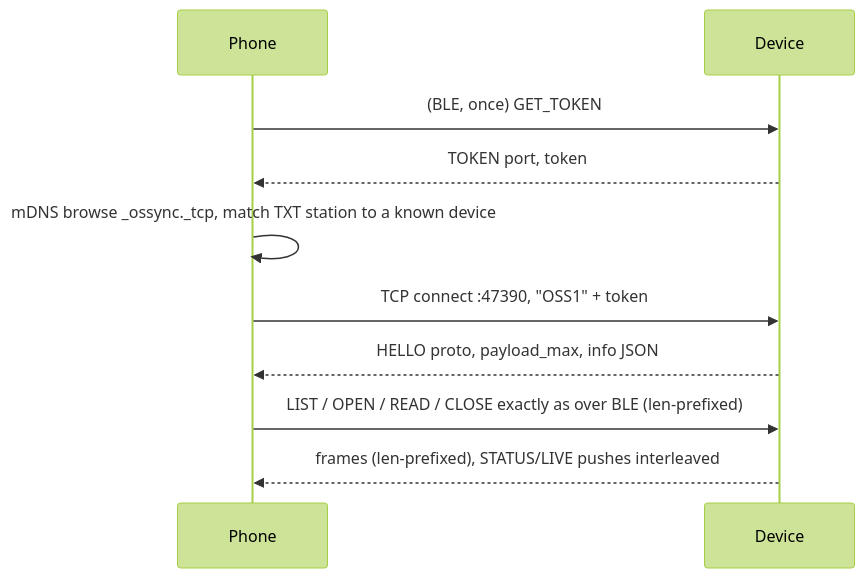
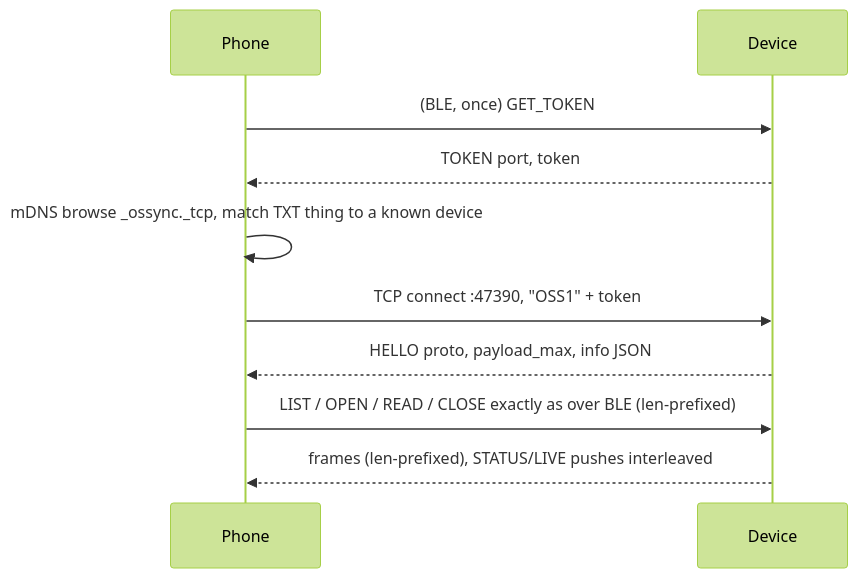
Before and after one commit to walkthru-earth/aq-parquet: the first of 2 diagrams in docs/shared/ble-sync-protocol.md, drawn with Mermaid (forest theme). The commit also changed other lines of this file and 26 other files, not shown here.

````diff
--- a/docs/shared/ble-sync-protocol.md
+++ b/docs/shared/ble-sync-protocol.md
@@ -790,12 +792,12 @@
 ```mermaid
 sequenceDiagram
     participant P as Phone
     participant D as Device
     P->>D: (BLE, once) GET_TOKEN
     D-->>P: TOKEN port, token
-    P->>P: mDNS browse _ossync._tcp, match TXT station to a known device
+    P->>P: mDNS browse _ossync._tcp, match TXT thing to a known device
     P->>D: TCP connect :47390, "OSS1" + token
     D-->>P: HELLO proto, payload_max, info JSON
     P->>D: LIST / OPEN / READ / CLOSE exactly as over BLE (len-prefixed)
     D-->>P: frames (len-prefixed), STATUS/LIVE pushes interleaved
 ```
````
